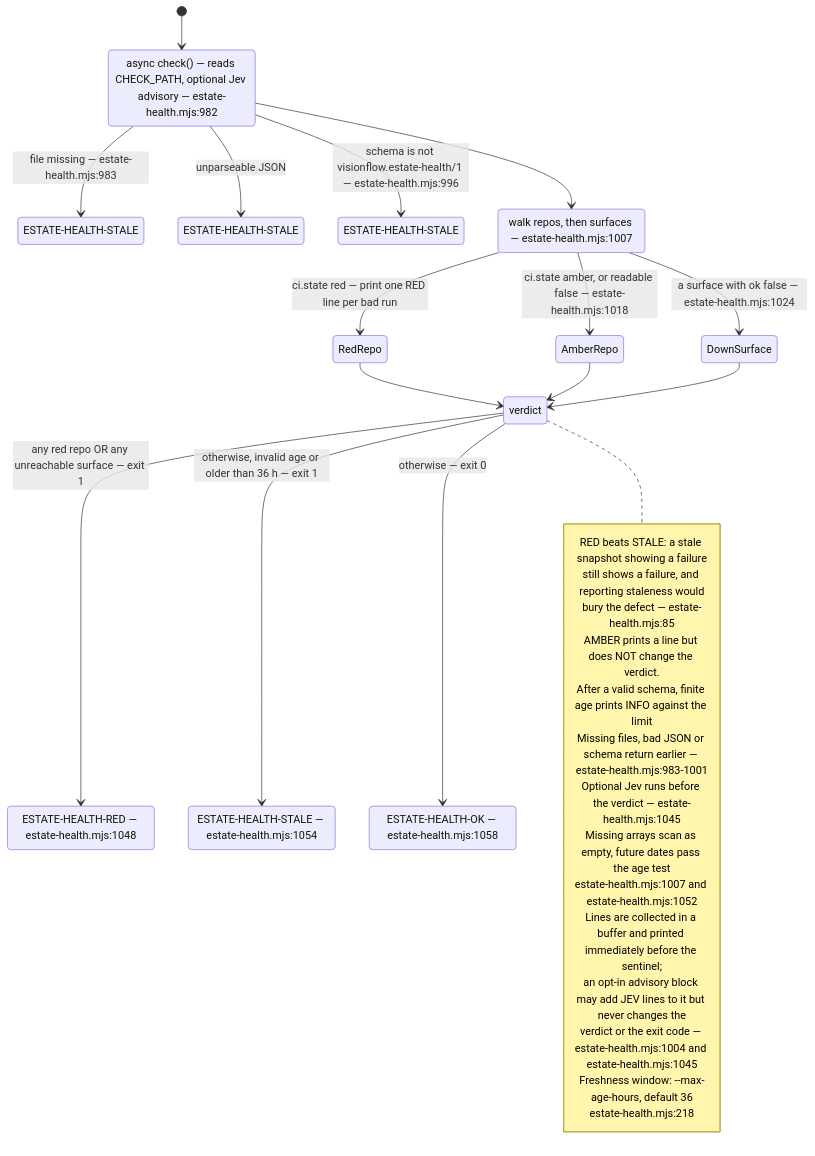
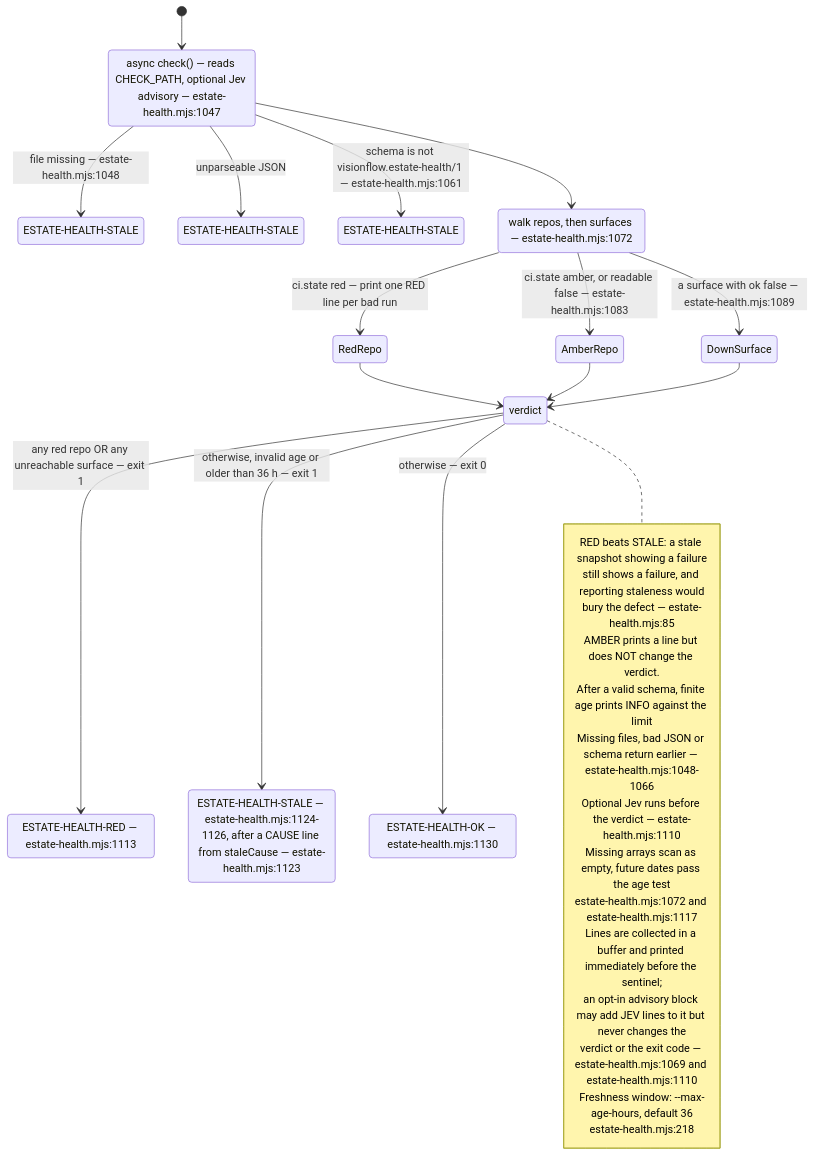
One commit to DreamLab-AI/VisionFlow changed the sixth of 9 diagrams in docs/diagrams/visionflow/03-estate-health.md. Above: the diagram before and after it, drawn with Mermaid. The commit also changed other lines of this file and 7 other files, not shown here.

````diff
--- a/docs/diagrams/visionflow/03-estate-health.md
+++ b/docs/diagrams/visionflow/03-estate-health.md
@@ -197,43 +197,43 @@
 ```mermaid
 stateDiagram-v2
     direction TB
     [*] --> Load
-    state "async check() — reads CHECK_PATH, optional Jev advisory — estate-health.mjs:982" as Load
-    Load --> Stale1 : file missing — estate-health.mjs:983
+    state "async check() — reads CHECK_PATH, optional Jev advisory — estate-health.mjs:1047" as Load
+    Load --> Stale1 : file missing — estate-health.mjs:1048
     Load --> Stale2 : unparseable JSON
-    Load --> Stale3 : schema is not visionflow.estate-health/1 — estate-health.mjs:996
+    Load --> Stale3 : schema is not visionflow.estate-health/1 — estate-health.mjs:1061
     Load --> Scan
-    state "walk repos, then surfaces — estate-health.mjs:1007" as Scan
+    state "walk repos, then surfaces — estate-health.mjs:1072" as Scan
     Scan --> RedRepo : ci.state red — print one RED line per bad run
-    Scan --> AmberRepo : ci.state amber, or readable false — estate-health.mjs:1018
-    Scan --> DownSurface : a surface with ok false — estate-health.mjs:1024
+    Scan --> AmberRepo : ci.state amber, or readable false — estate-health.mjs:1083
+    Scan --> DownSurface : a surface with ok false — estate-health.mjs:1089
     RedRepo --> Verdict
     AmberRepo --> Verdict
     DownSurface --> Verdict
     state "verdict" as Verdict
     Verdict --> RED : any red repo OR any unreachable surface — exit 1
     Verdict --> STALE : otherwise, invalid age or older than 36 h — exit 1
     Verdict --> OK : otherwise — exit 0
-    state "ESTATE-HEALTH-RED — estate-health.mjs:1048" as RED
-    state "ESTATE-HEALTH-STALE — estate-health.mjs:1054" as STALE
-    state "ESTATE-HEALTH-OK — estate-health.mjs:1058" as OK
+    state "ESTATE-HEALTH-RED — estate-health.mjs:1113" as RED
+    state "ESTATE-HEALTH-STALE — estate-health.mjs:1124-1126, after a CAUSE line from staleCause — estate-health.mjs:1123" as STALE
+    state "ESTATE-HEALTH-OK — estate-health.mjs:1130" as OK
     state "ESTATE-HEALTH-STALE" as Stale1
     state "ESTATE-HEALTH-STALE" as Stale2
     state "ESTATE-HEALTH-STALE" as Stale3
     note right of Verdict
       RED beats STALE: a stale snapshot showing a failure
       still shows a failure, and reporting staleness would
       bury the defect — estate-health.mjs:85
       AMBER prints a line but does NOT change the verdict.
       After a valid schema, finite age prints INFO against the limit
-      Missing files, bad JSON or schema return earlier — estate-health.mjs:983-1001
-      Optional Jev runs before the verdict — estate-health.mjs:1045
+      Missing files, bad JSON or schema return earlier — estate-health.mjs:1048-1066
+      Optional Jev runs before the verdict — estate-health.mjs:1110
       Missing arrays scan as empty, future dates pass the age test
-      estate-health.mjs:1007 and estate-health.mjs:1052
+      estate-health.mjs:1072 and estate-health.mjs:1117
       Lines are collected in a buffer and printed immediately before the sentinel;
       an opt-in advisory block may add JEV lines to it but never changes the
-      verdict or the exit code — estate-health.mjs:1004 and estate-health.mjs:1045
+      verdict or the exit code — estate-health.mjs:1069 and estate-health.mjs:1110
       Freshness window: --max-age-hours, default 36
       estate-health.mjs:218
     end note
 ```
````
